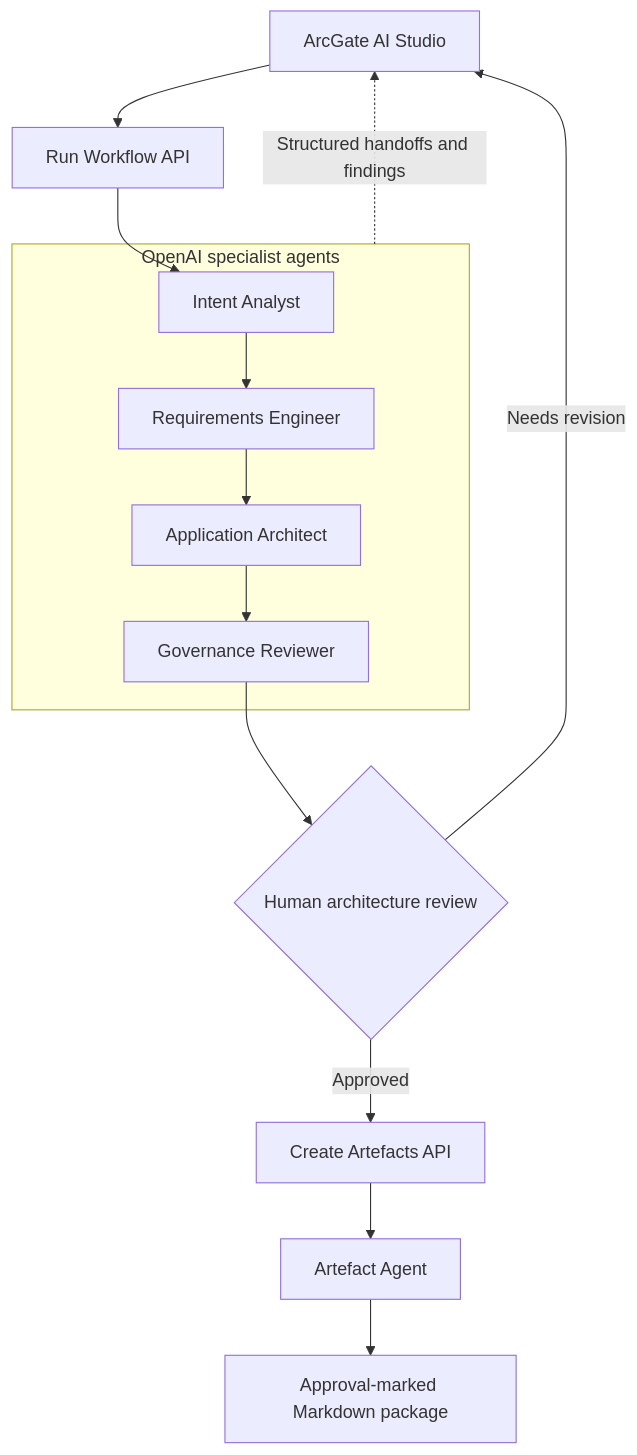
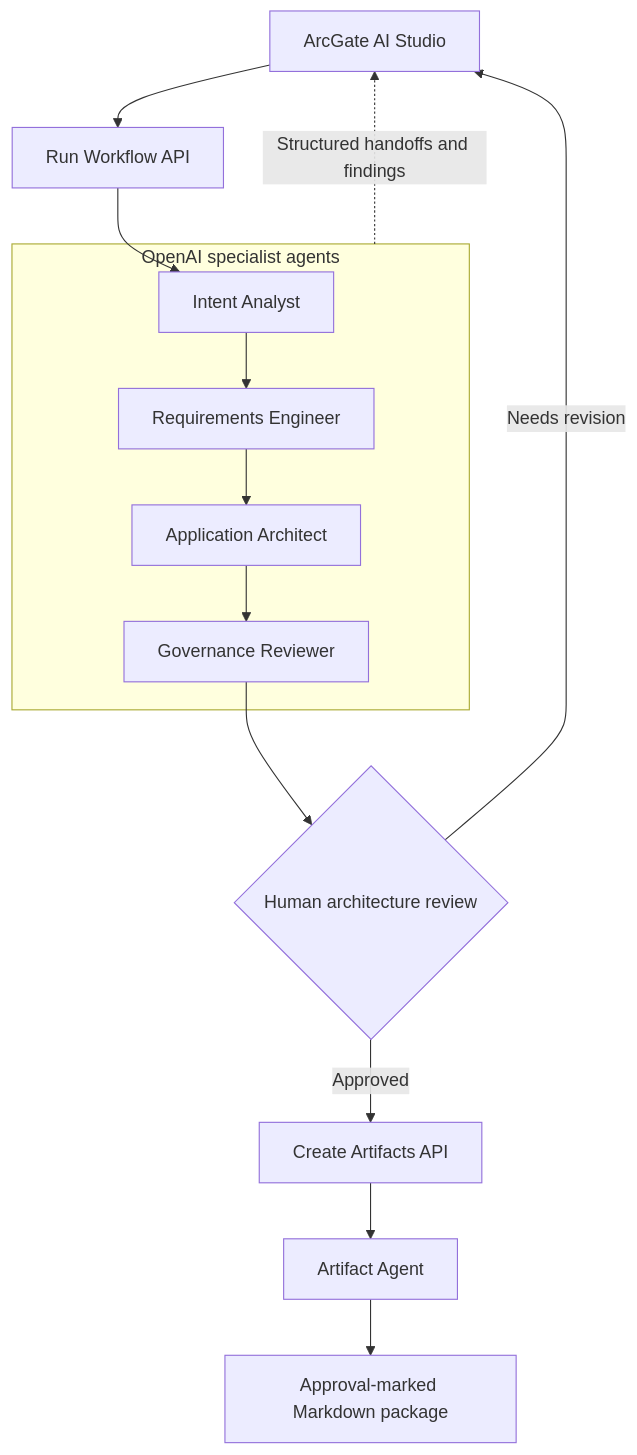
Before and after one commit to nikhil-suryavanshi/ArcGate-AI: the diagram in README.md, drawn with Mermaid. The commit also changed other lines of this file and 12 other files, not shown here.

Commit message:
Improve copy and add ArcGate architecture favicon

````diff
--- a/README.md
+++ b/README.md
@@ -20,18 +20,18 @@
 ```mermaid
 flowchart TB
   UI[ArcGate AI Studio] --> O[Run Workflow API]
   O --> I
 
   subgraph AGENTS[OpenAI specialist agents]
     I[Intent Analyst] --> R[Requirements Engineer]
     R --> A[Application Architect]
     A --> G[Governance Reviewer]
   end
 
   G --> H{Human architecture review}
-  H -- Approved --> C[Create Artefacts API]
-  C --> P[Artefact Agent]
+  H -- Approved --> C[Create Artifacts API]
+  C --> P[Artifact Agent]
   P --> E[Approval-marked Markdown package]
   H -- Needs revision --> UI
   AGENTS -. Structured handoffs and findings .-> UI
 ```
````
